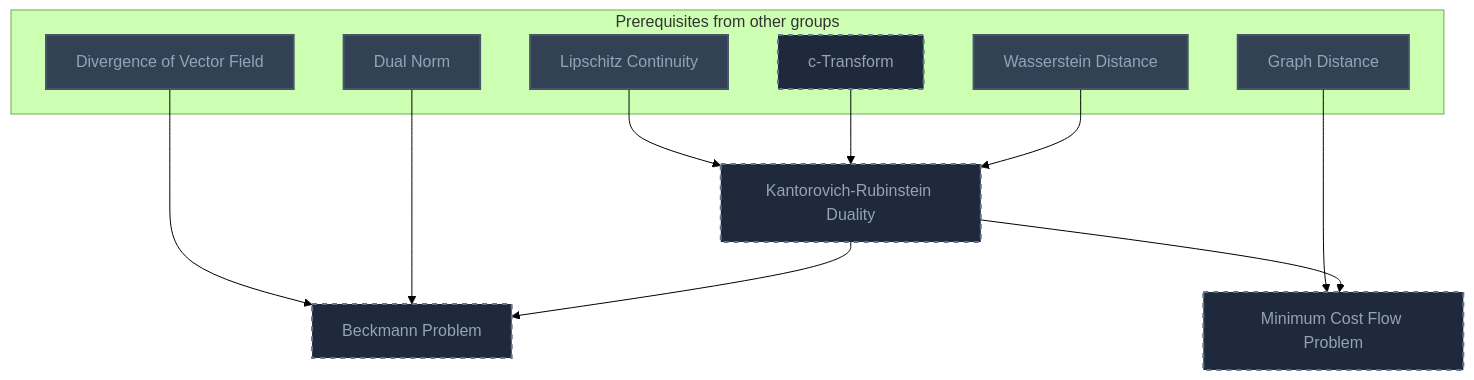
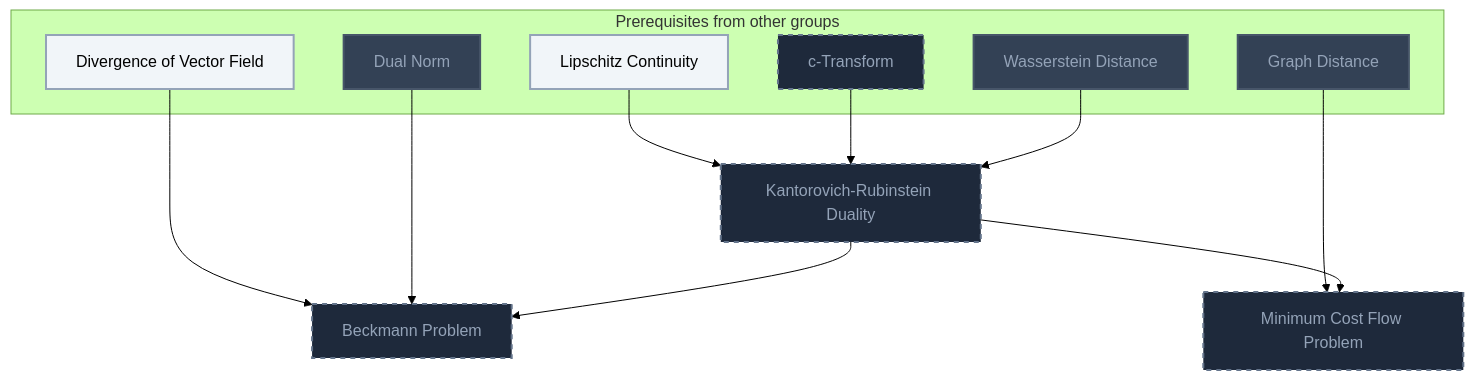
The fifth of 9 diagrams in Gamification/Skill Trees/Optimal Transport.md (MRauf1/My-Notes), drawn with Mermaid (forest theme) before and after one commit. The commit also changed other lines of this file and 145 other files, not shown here.

````diff
--- a/Gamification/Skill Trees/Optimal Transport.md
+++ b/Gamification/Skill Trees/Optimal Transport.md
@@ -234,34 +239,35 @@
 ```mermaid
 flowchart TD
     classDef planned fill:#1E293B,stroke:#64748B,stroke-width:2px,stroke-dasharray:5 5,color:#94A3B8;
     classDef locked fill:#334155,stroke:#475569,stroke-width:2px,color:#94A3B8;
     classDef L0 fill:#F1F5F9,stroke:#94A3B8,stroke-width:2px,color:#000000;
     classDef L1 fill:#22C55E,stroke:#15803D,stroke-width:2px,color:#000000;
     classDef L2 fill:#3B82F6,stroke:#1D4ED8,stroke-width:3px,color:#FFFFFF;
     classDef L3 fill:#A855F7,stroke:#6B21A8,stroke-width:3px,color:#FFFFFF,font-weight:bold;
     classDef L4 fill:#F97316,stroke:#C2410C,stroke-width:4px,color:#000000,font-weight:bold;
     classDef L5 fill:#FFD700,stroke:#FF8C00,stroke-width:5px,color:#000000,font-weight:bold;
     classDef rusty stroke:#8B4513,stroke-width:4px,stroke-dasharray:3 3;
     subgraph sg_prereqs["Prerequisites from other groups"]
         n_lipschitz_continuity["Lipschitz Continuity"]
         n_c_transform["c-Transform"]
         n_divergence_of_vector_field["Divergence of Vector Field"]
         n_dual_norm["Dual Norm"]
         n_graph_distance["Graph Distance"]
         n_wasserstein_distance["Wasserstein Distance"]
     end
     n_kantorovich_rubinstein_duality["Kantorovich-Rubinstein Duality"]
     n_beckmann_problem["Beckmann Problem"]
     n_minimum_cost_flow_problem["Minimum Cost Flow Problem"]
     n_lipschitz_continuity --> n_kantorovich_rubinstein_duality
     n_c_transform --> n_kantorovich_rubinstein_duality
     n_divergence_of_vector_field --> n_beckmann_problem
     n_dual_norm --> n_beckmann_problem
     n_kantorovich_rubinstein_duality --> n_beckmann_problem
     n_graph_distance --> n_minimum_cost_flow_problem
     n_kantorovich_rubinstein_duality --> n_minimum_cost_flow_problem
     n_wasserstein_distance --> n_kantorovich_rubinstein_duality
     class n_c_transform,n_kantorovich_rubinstein_duality,n_beckmann_problem,n_minimum_cost_flow_problem planned;
-    class n_lipschitz_continuity,n_divergence_of_vector_field,n_dual_norm,n_graph_distance,n_wasserstein_distance locked;
+    class n_dual_norm,n_graph_distance,n_wasserstein_distance locked;
+    class n_lipschitz_continuity,n_divergence_of_vector_field L0;
     class n_lipschitz_continuity,n_divergence_of_vector_field,n_dual_norm,n_graph_distance,n_wasserstein_distance internal-link;
 ```
````
